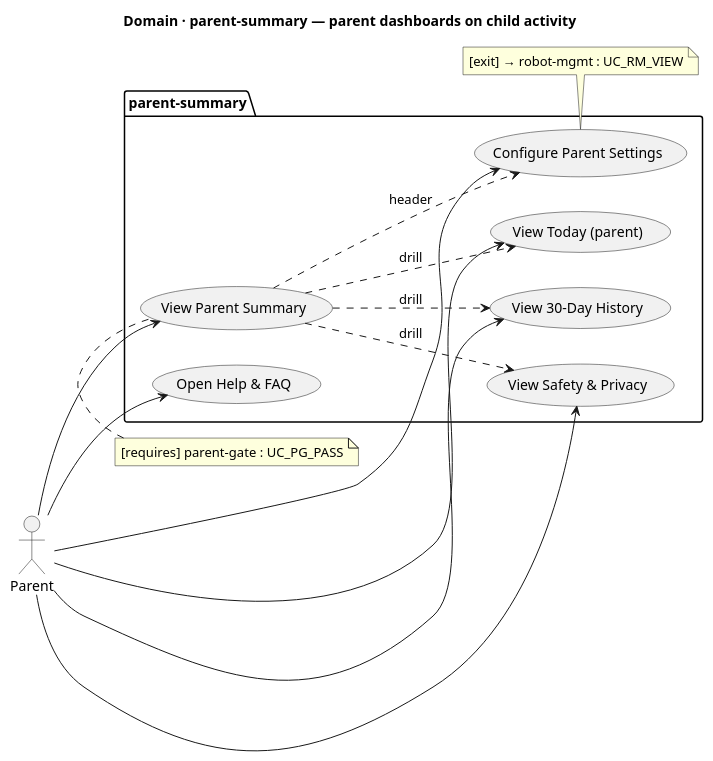
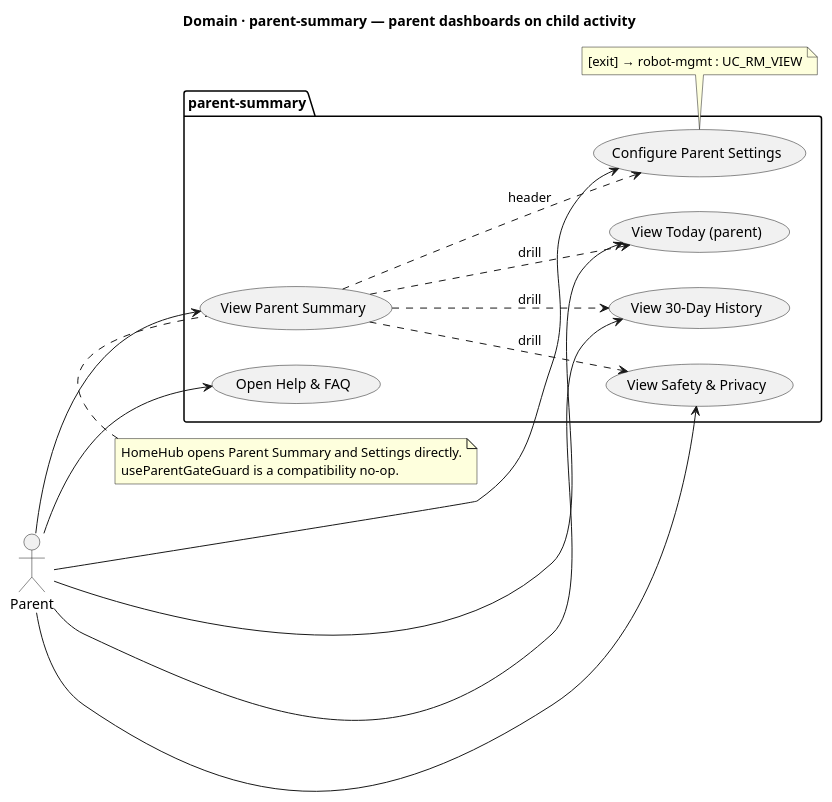
Before and after one commit to JSR-Algo/TJBOT-Mobile: the diagram in migrate-ui-ux-to-mobile-app-docs/usecases/domains/parent-summary/diagrams/parent-summary.usecase.puml, drawn with PlantUML. The commit also changed 5 other files, not shown here.

First line of the commit message:
fix(usecases): remove automatic parent gate edge

```diff
--- a/migrate-ui-ux-to-mobile-app-docs/usecases/domains/parent-summary/diagrams/parent-summary.usecase.puml
+++ b/migrate-ui-ux-to-mobile-app-docs/usecases/domains/parent-summary/diagrams/parent-summary.usecase.puml
@@ -1,36 +1,37 @@
 @startuml TBOT-ParentSummary
 title Domain · parent-summary — parent dashboards on child activity
 left to right direction
 
 actor Parent
 
 package "parent-summary" {
   usecase "View Parent Summary"      as UC_PRT_SUMMARY
   usecase "View Today (parent)"      as UC_PRT_TODAY
   usecase "View 30-Day History"      as UC_PRT_HISTORY
   usecase "View Safety & Privacy"    as UC_PRT_SAFETY
   usecase "Configure Parent Settings" as UC_PRT_SETTINGS
   usecase "Open Help & FAQ"          as UC_PRT_HELP
 }
 
 Parent --> UC_PRT_SUMMARY
 Parent --> UC_PRT_TODAY
 Parent --> UC_PRT_HISTORY
 Parent --> UC_PRT_SAFETY
 Parent --> UC_PRT_SETTINGS
 Parent --> UC_PRT_HELP
 
 UC_PRT_SUMMARY ..> UC_PRT_TODAY    : drill
 UC_PRT_SUMMARY ..> UC_PRT_HISTORY  : drill
 UC_PRT_SUMMARY ..> UC_PRT_SAFETY   : drill
 UC_PRT_SUMMARY ..> UC_PRT_SETTINGS : header
 
 note top of UC_PRT_SUMMARY
-  [requires] parent-gate : UC_PG_PASS
+  HomeHub opens Parent Summary and Settings directly.
+  useParentGateGuard is a compatibility no-op.
 end note
 note bottom of UC_PRT_SETTINGS
   [exit] → robot-mgmt : UC_RM_VIEW
 end note
 
 ' Files: src/features/parent/Parent{Summary,Today,History,Safety,Settings}Page.jsx
 @enduml
```
